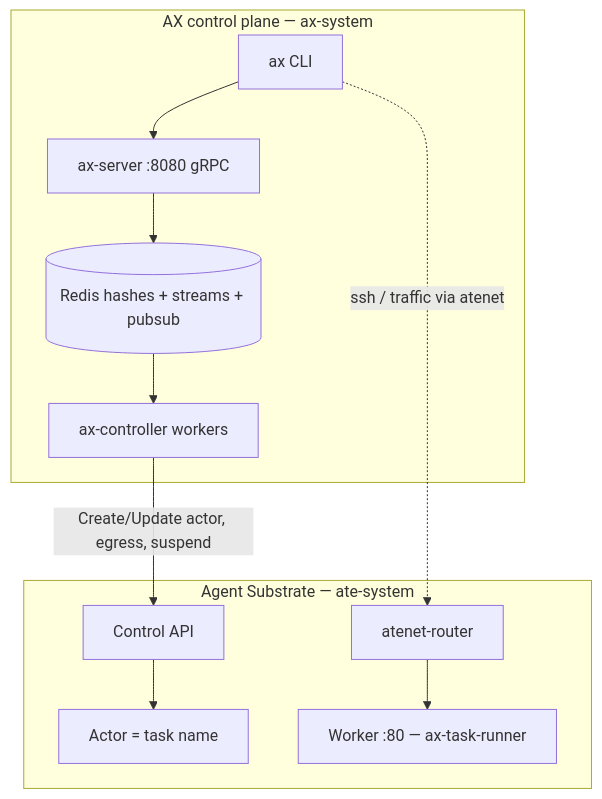
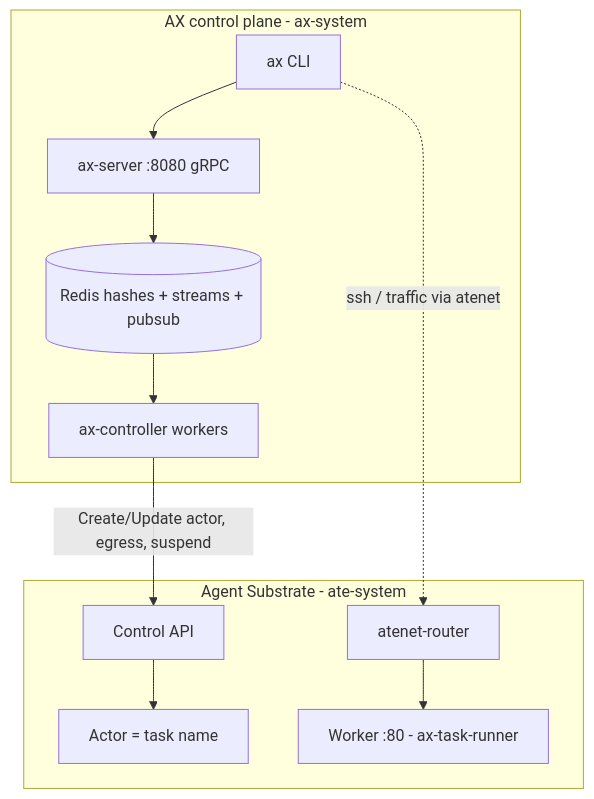
One commit to sushant24-ai/AX-disect changed the diagram in README.md. Above: the diagram before and after it, drawn with Mermaid. The commit also changed other lines of this file and 13 other files, not shown here.

````diff
--- a/README.md
+++ b/README.md
@@ -33,23 +33,23 @@
 ```mermaid
 flowchart TB
-  subgraph ax_cp["AX control plane — ax-system"]
+  subgraph ax_cp["AX control plane - ax-system"]
     CLI["ax CLI"]
     SRV["ax-server :8080 gRPC"]
     REDIS[(Redis hashes + streams + pubsub)]
     CTL["ax-controller workers"]
     CLI --> SRV --> REDIS
     REDIS --> CTL
   end
 
-  subgraph sub["Agent Substrate — ate-system"]
+  subgraph sub["Agent Substrate - ate-system"]
     API["Control API"]
     ACT["Actor = task name"]
     RTR["atenet-router"]
-    WRK["Worker :80 — ax-task-runner"]
+    WRK["Worker :80 - ax-task-runner"]
     API --> ACT
     RTR --> WRK
   end
 
   CTL -->|"Create/Update actor, egress, suspend"| API
   CLI -.->|"ssh / traffic via atenet"| RTR
 ```
````
